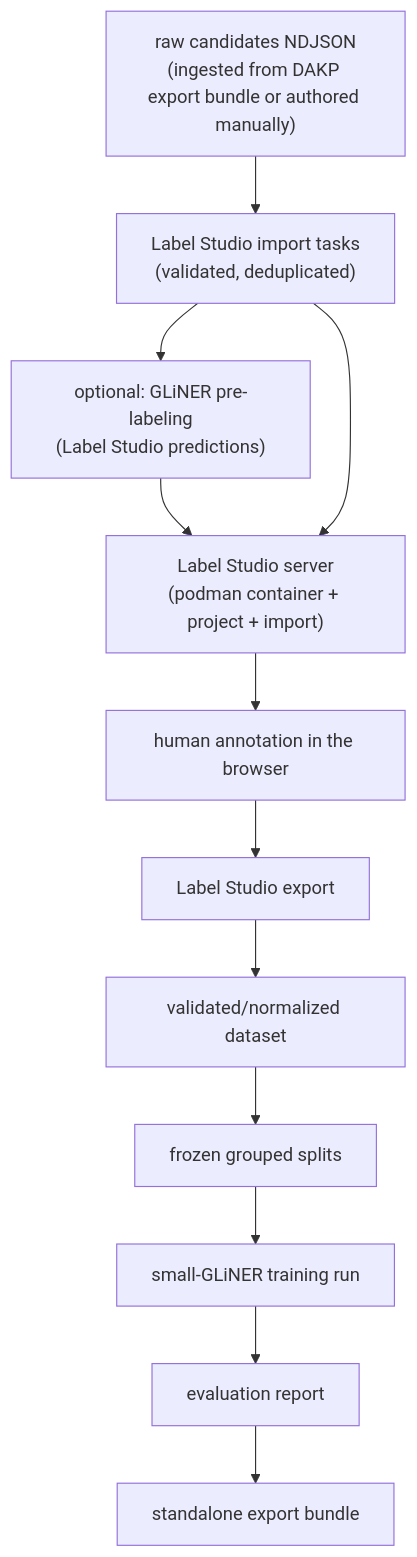
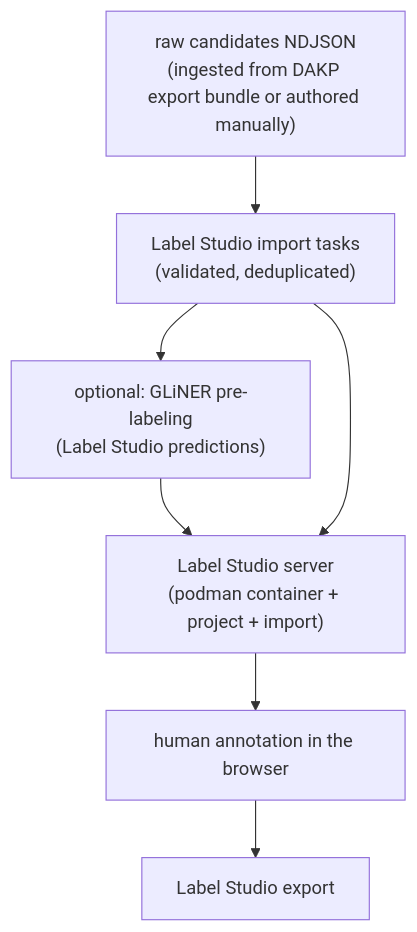
The diagram in README.md (SkyeAv/MedliNER), drawn with Mermaid before and after one commit. The commit also changed other lines of this file and 47 other files, not shown here.

````diff
--- a/README.md
+++ b/README.md
@@ -121,14 +106,9 @@
 ```mermaid
 flowchart TD
     A["raw candidates NDJSON<br/>(ingested from DAKP export bundle or authored manually)"] --> B["Label Studio import tasks<br/>(validated, deduplicated)"]
     B --> P["optional: GLiNER pre-labeling<br/>(Label Studio predictions)"]
     P --> C["Label Studio server<br/>(podman container + project + import)"]
     B --> C
     C --> D["human annotation in the browser"]
     D --> E["Label Studio export"]
-    E --> F["validated/normalized dataset"]
-    F --> G["frozen grouped splits"]
-    G --> H["small-GLiNER training run"]
-    H --> I["evaluation report"]
-    I --> J["standalone export bundle"]
 ```
````
